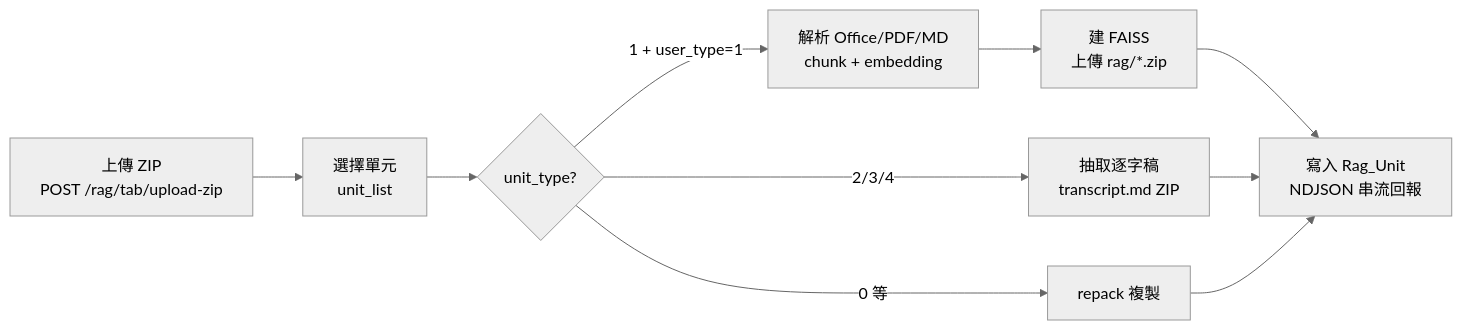
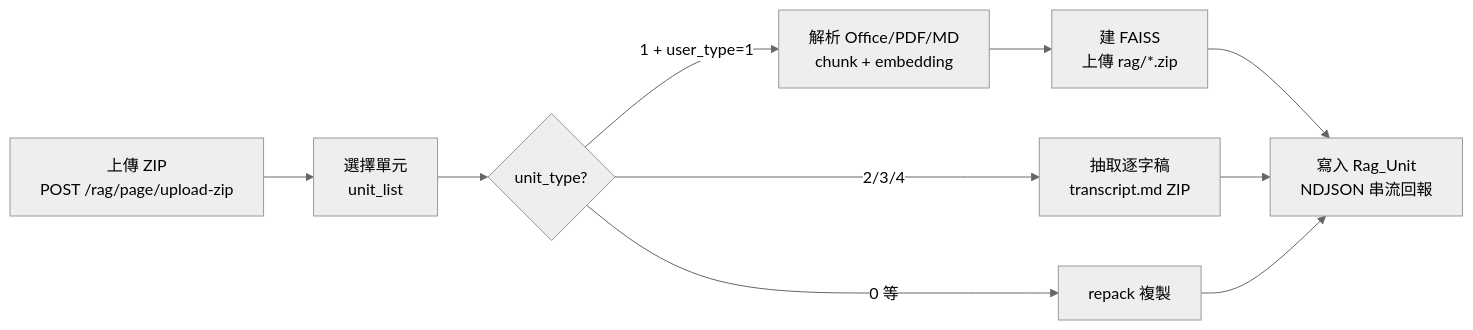
Before and after one commit to kevin7261/MyQuiz-ai-backend: the fourth of 6 diagrams in README.md, drawn with Mermaid (neutral theme). The commit also changed other lines of this file and 13 other files, not shown here.

First line of the commit message:
Refactor API endpoints and documentation to transition from 'tab' to 'page' terminology

````diff
--- a/README.md
+++ b/README.md
@@ -346,12 +346,12 @@
 ```mermaid
 flowchart LR
-    A["上傳 ZIP<br/>POST /rag/tab/upload-zip"] --> B["選擇單元<br/>unit_list"]
+    A["上傳 ZIP<br/>POST /rag/page/upload-zip"] --> B["選擇單元<br/>unit_list"]
     B --> C{"unit_type?"}
     C -->|1 + user_type=1| D["解析 Office/PDF/MD<br/>chunk + embedding"]
     D --> E["建 FAISS<br/>上傳 rag/*.zip"]
     C -->|2/3/4| F["抽取逐字稿<br/>transcript.md ZIP"]
     C -->|0 等| G["repack 複製"]
     E --> H["寫入 Rag_Unit<br/>NDJSON 串流回報"]
     F --> H
     G --> H
 ```
````
